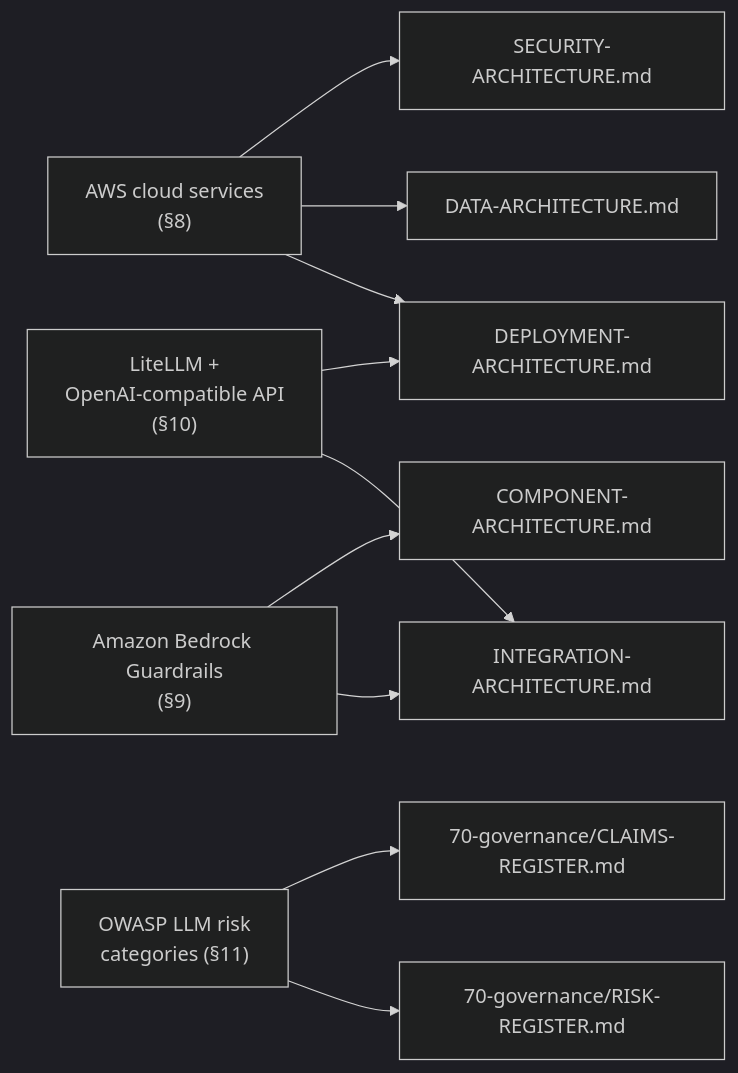
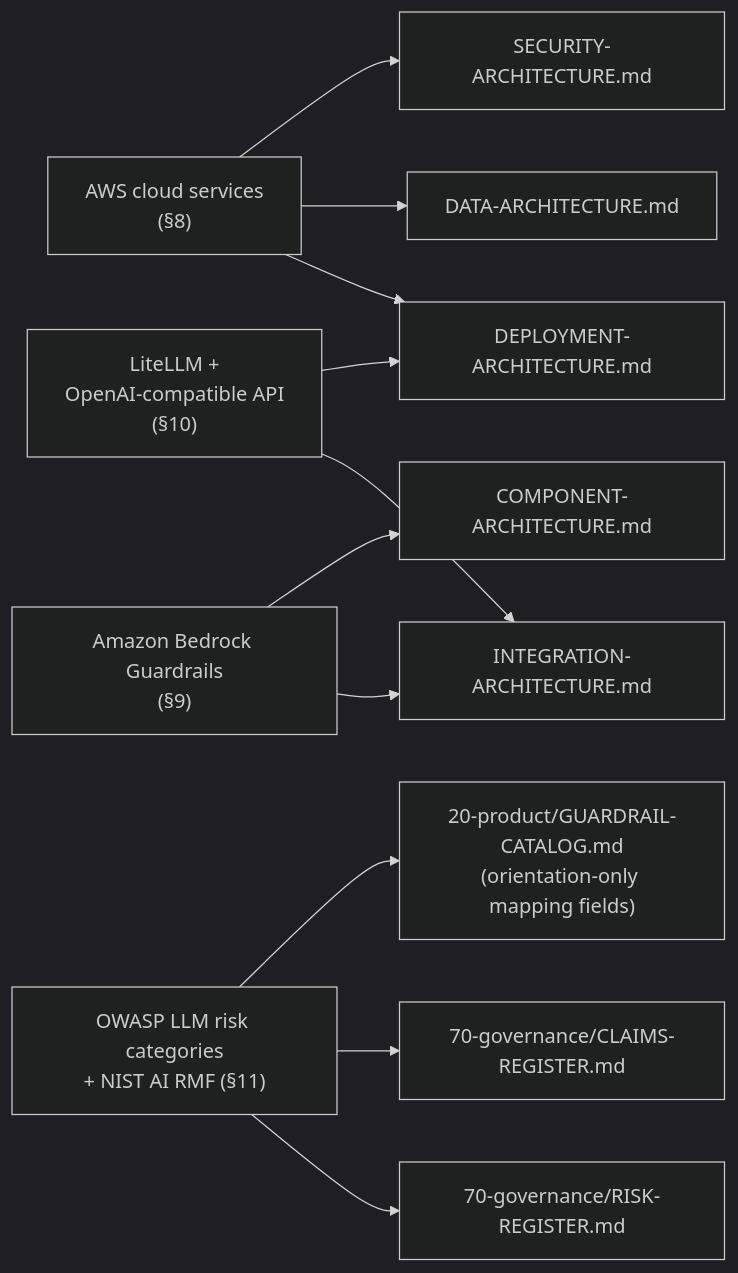
Before and after one commit to veglezMX/guardrails: the first of 2 diagrams in solution-docs/70-governance/REFERENCES.md, drawn with Mermaid (dark theme). The commit also changed other lines of this file and 70 other files, not shown here.

First line of the commit message:
docs: solution-docs draft baseline — catalog, extension model, register updates

````diff
--- a/solution-docs/70-governance/REFERENCES.md
+++ b/solution-docs/70-governance/REFERENCES.md
@@ -247,15 +250,16 @@
 ```mermaid
 flowchart LR
     AWS["AWS cloud services<br/>(§8)"] --> DEPLOY["DEPLOYMENT-ARCHITECTURE.md"]
     AWS --> DATA["DATA-ARCHITECTURE.md"]
     AWS --> SEC["SECURITY-ARCHITECTURE.md"]
 
     BEDROCK["Amazon Bedrock Guardrails<br/>(§9)"] --> INTEG["INTEGRATION-ARCHITECTURE.md"]
     BEDROCK --> COMP["COMPONENT-ARCHITECTURE.md"]
 
     LITELLM["LiteLLM +<br/>OpenAI-compatible API<br/>(§10)"] --> INTEG
     LITELLM --> DEPLOY
 
-    OWASP["OWASP LLM risk<br/>categories (§11)"] --> RISK["70-governance/RISK-REGISTER.md"]
+    OWASP["OWASP LLM risk categories<br/>+ NIST AI RMF (§11)"] --> RISK["70-governance/RISK-REGISTER.md"]
     OWASP --> CLAIMS["70-governance/CLAIMS-REGISTER.md"]
+    OWASP --> CATALOG["20-product/GUARDRAIL-CATALOG.md<br/>(orientation-only mapping fields)"]
 ```
````
